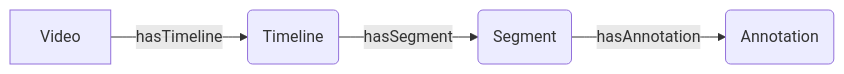
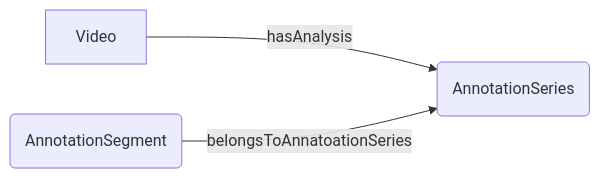
One commit to sdsc-ordes/mava-api changed the second of 3 diagrams in docs/mkdocs/ontology.md. Above: the diagram before and after it, drawn with Mermaid. The commit also changed other lines of this file and 27 other files, not shown here.

````diff
--- a/docs/mkdocs/ontology.md
+++ b/docs/mkdocs/ontology.md
@@ -75,6 +75,5 @@
 ```mermaid
 graph LR
-    A[Video] -->|hasTimeline| B(Timeline)
-    B -->|hasSegment| C(Segment)
-    C -->|hasAnnotation| D(Annotation)
+    A[Video] -->|hasAnalysis| B(AnnotationSeries)
+    C(AnnotationSegment) -->|belongsToAnnatoationSeries| B
 ```
````
